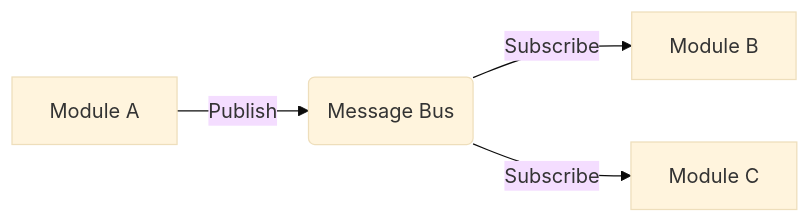
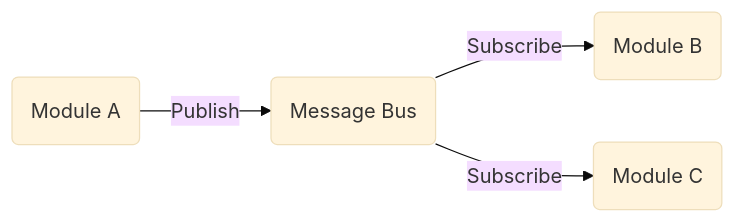
The first of 3 diagrams in docs/architecture/modularity.md (input-output-hk/acropolis), drawn with Mermaid (base theme) before and after one commit. The commit also changed other lines of this file and 2 other files, not shown here.

````diff
--- a/docs/architecture/modularity.md
+++ b/docs/architecture/modularity.md
@@ -44,11 +44,11 @@
 ```mermaid
 flowchart LR
-    A[Module A]
-    B[Module B]
-    C[Module C]
+    A(Module A)
+    B(Module B)
+    C(Module C)
     MB(Message Bus)
 
     A  -- Publish   --> MB
     MB -- Subscribe --> B
     MB -- Subscribe --> C
 ```
````
